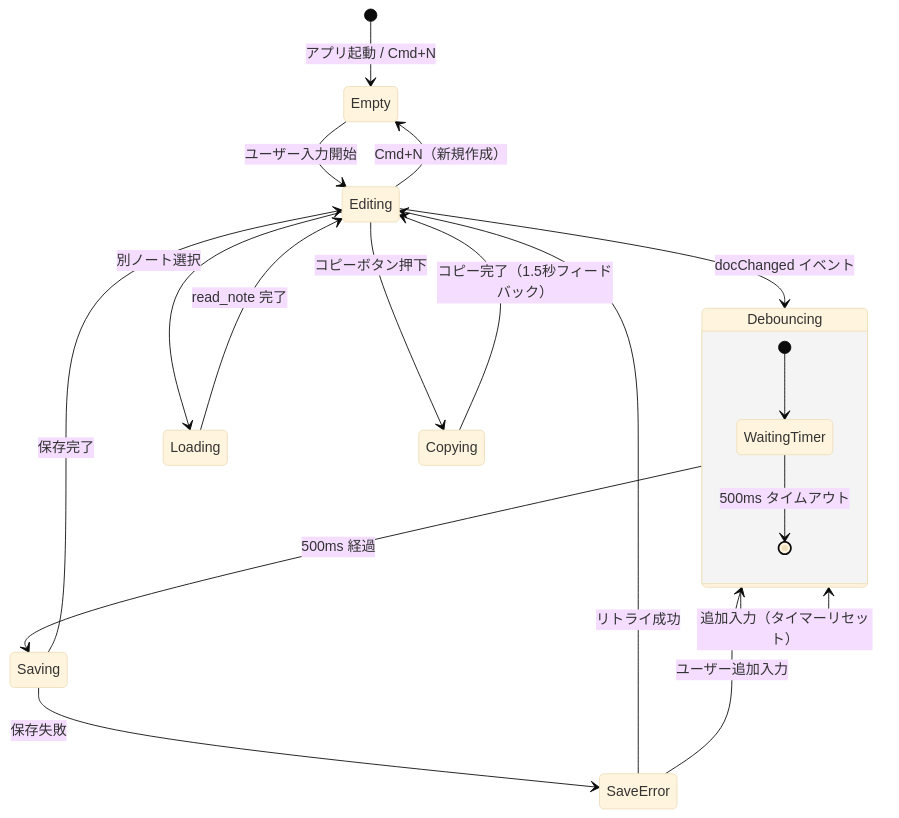
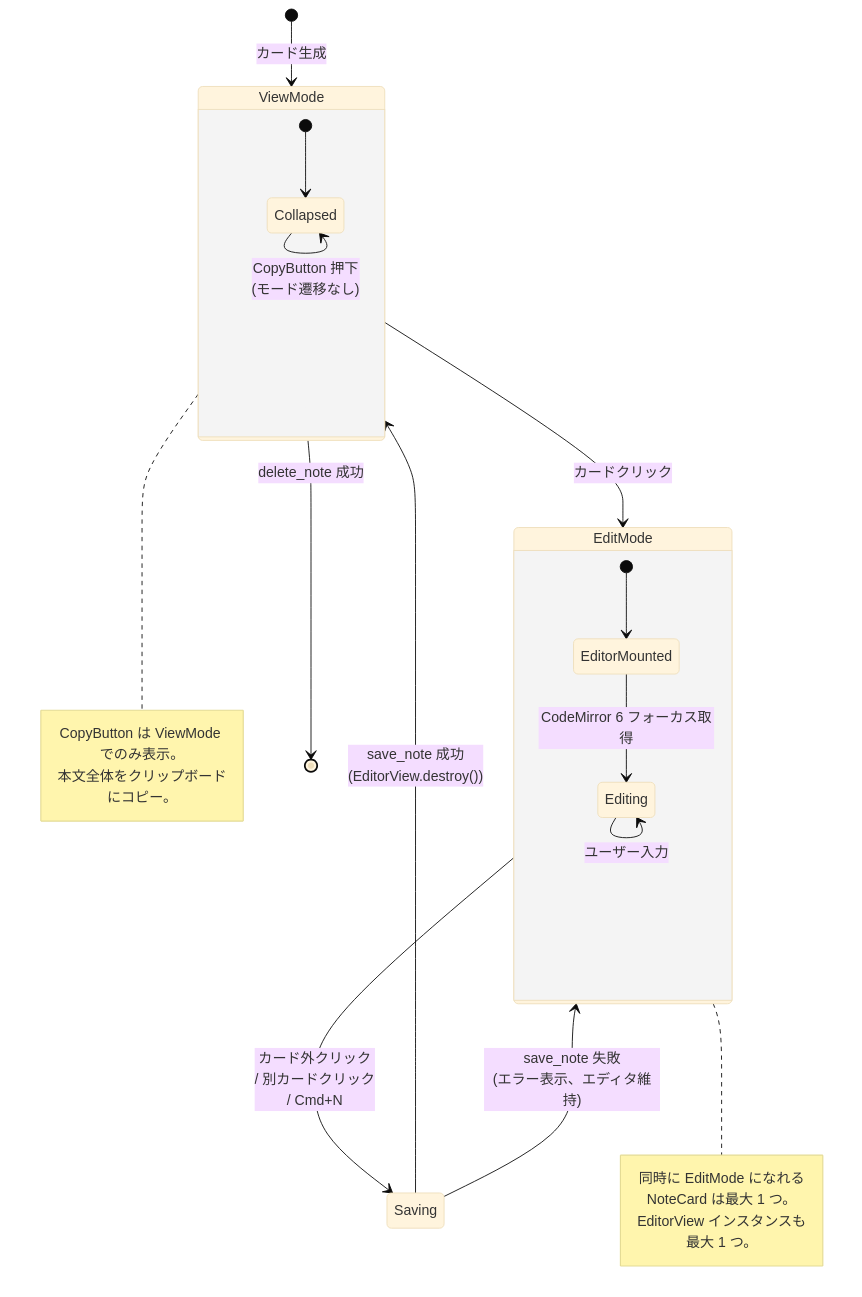
The first of 4 diagrams in docs/detailed_design/editor_clipboard_design.md (dev-komenzar/prompt-notes), drawn with Mermaid (base theme) before and after one commit. The commit also changed other lines of this file and 12 other files, not shown here.

````diff
--- a/docs/detailed_design/editor_clipboard_design.md
+++ b/docs/detailed_design/editor_clipboard_design.md
@@ -111,26 +61,33 @@
 ```mermaid
 stateDiagram-v2
-    [*] --> Empty: アプリ起動 / Cmd+N
+    [*] --> ViewMode: カード生成
 
-    Empty --> Editing: ユーザー入力開始
-    Editing --> Debouncing: docChanged イベント
-    Debouncing --> Saving: 500ms 経過
-    Debouncing --> Debouncing: 追加入力（タイマーリセット）
-    Saving --> Editing: 保存完了
-    Saving --> SaveError: 保存失敗
+    state ViewMode {
+        [*] --> Collapsed
+        Collapsed --> Collapsed: CopyButton 押下<br/>(モード遷移なし)
+    }
 
-    SaveError --> Editing: リトライ成功
-    SaveError --> Debouncing: ユーザー追加入力
+    state EditMode {
+        [*] --> EditorMounted
+        EditorMounted --> Editing: CodeMirror 6 フォーカス取得
+        Editing --> Editing: ユーザー入力
+    }
 
-    Editing --> Loading: 別ノート選択
-    Loading --> Editing: read_note 完了
+    ViewMode --> EditMode: カードクリック
+    EditMode --> Saving: カード外クリック<br/>/ 別カードクリック<br/>/ Cmd+N
+    Saving --> ViewMode: save_note 成功<br/>(EditorView.destroy())
+    Saving --> EditMode: save_note 失敗<br/>(エラー表示、エディタ維持)
 
-    Editing --> Empty: Cmd+N（新規作成）
-    Editing --> Copying: コピーボタン押下
-    Copying --> Editing: コピー完了（1.5秒フィードバック）
+    ViewMode --> [*]: delete_note 成功
 
-    state Debouncing {
-        [*] --> WaitingTimer
-        WaitingTimer --> [*]: 500ms タイムアウト
-    }
+    note right of EditMode
+        同時に EditMode になれる
+        NoteCard は最大 1 つ。
+        EditorView インスタンスも最大 1 つ。
+    end note
+
+    note right of ViewMode
+        CopyButton は ViewMode でのみ表示。
+        本文全体をクリップボードにコピー。
+    end note
 ```
````
